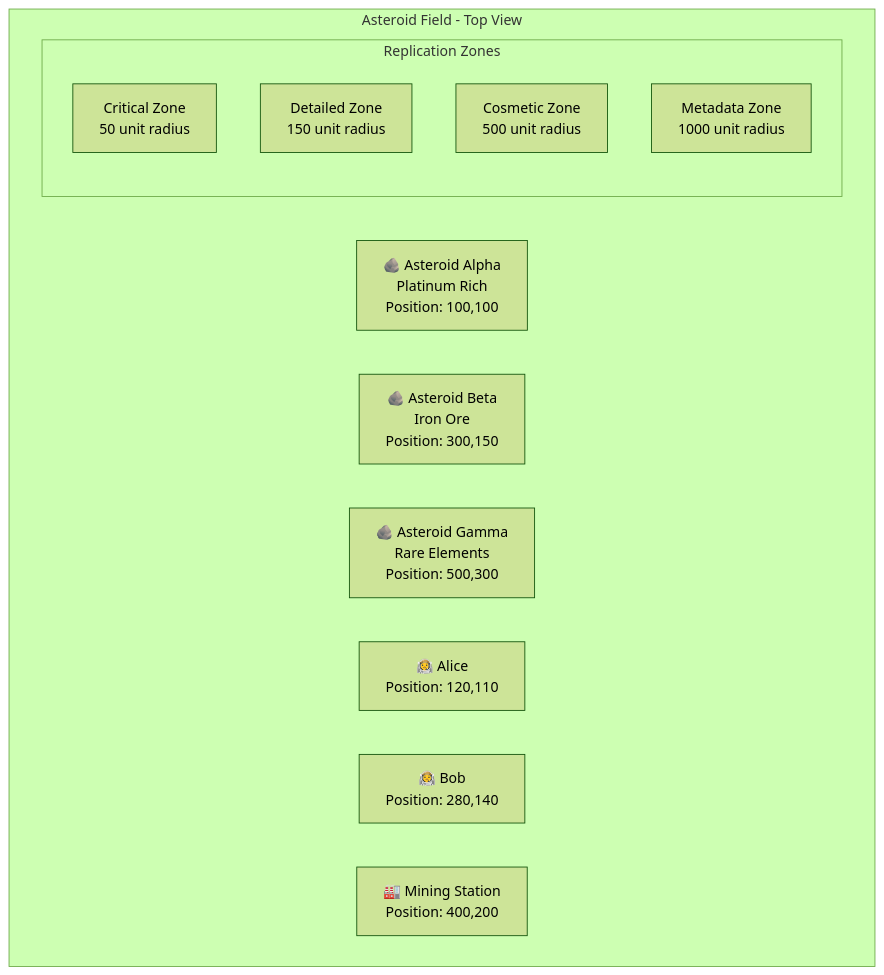
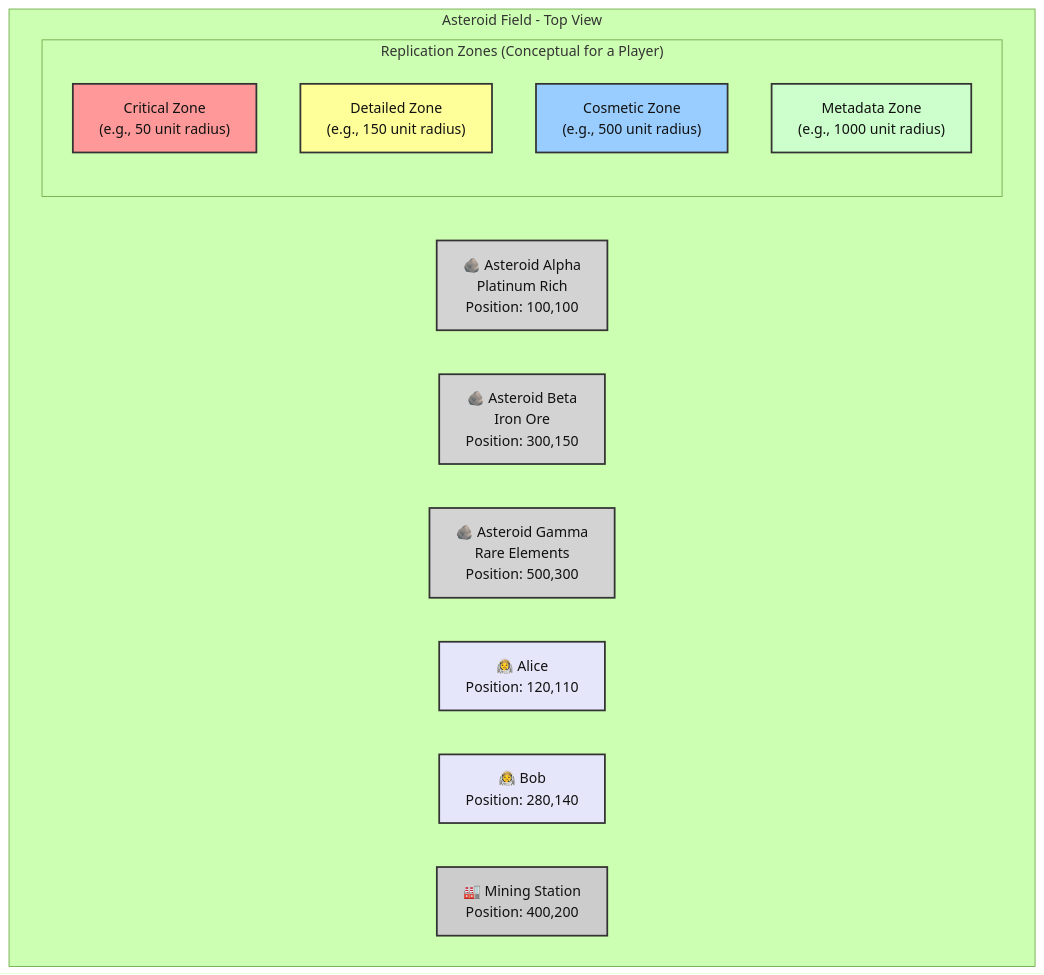
Before and after one commit to Far-Beyond-Dev/blog: the eighth of 10 diagrams in public/blogs/gorc.md, drawn with Mermaid (forest theme). The commit also changed other lines of this file, not shown here.

````diff
--- a/public/blogs/gorc.md
+++ b/public/blogs/gorc.md
@@ -188,20 +368,30 @@
 ```mermaid
 graph TD
     subgraph "Asteroid Field - Top View"
         A1["🪨 Asteroid Alpha<br/>Platinum Rich<br/>Position: 100,100"]
         A2["🪨 Asteroid Beta<br/>Iron Ore<br/>Position: 300,150"]
         A3["🪨 Asteroid Gamma<br/>Rare Elements<br/>Position: 500,300"]
         
         Alice["👩‍🚀 Alice<br/>Position: 120,110"]
         Bob["👨‍🚀 Bob<br/>Position: 280,140"]
         
         S1["🏭 Mining Station<br/>Position: 400,200"]
         
-        subgraph "Replication Zones"
-            C0["Critical Zone<br/>50 unit radius"]
-            C1["Detailed Zone<br/>150 unit radius"] 
-            C2["Cosmetic Zone<br/>500 unit radius"]
-            C3["Metadata Zone<br/>1000 unit radius"]
+        subgraph "Replication Zones (Conceptual for a Player)"
+            C0_Zone["Critical Zone<br/>(e.g., 50 unit radius)"]
+            C1_Zone["Detailed Zone<br/>(e.g., 150 unit radius)"] 
+            C2_Zone["Cosmetic Zone<br/>(e.g., 500 unit radius)"]
+            C3_Zone["Metadata Zone<br/>(e.g., 1000 unit radius)"]
         end
     end
+    style A1 fill:#d3d3d3,stroke:#333,stroke-width:2px,color:#111;
+    style A2 fill:#d3d3d3,stroke:#333,stroke-width:2px,color:#111;
+    style A3 fill:#d3d3d3,stroke:#333,stroke-width:2px,color:#111;
+    style Alice fill:#e6e6fa,stroke:#333,stroke-width:2px,color:#111;
+    style Bob fill:#e6e6fa,stroke:#333,stroke-width:2px,color:#111;
+    style S1 fill:#cccccc,stroke:#333,stroke-width:2px,color:#111;
+    style C0_Zone fill:#ff9999,stroke:#333,stroke-width:2px,color:#111;
+    style C1_Zone fill:#ffff99,stroke:#333,stroke-width:2px,color:#111;
+    style C2_Zone fill:#99ccff,stroke:#333,stroke-width:2px,color:#111;
+    style C3_Zone fill:#ccffcc,stroke:#333,stroke-width:2px,color:#111;
 ```
````
